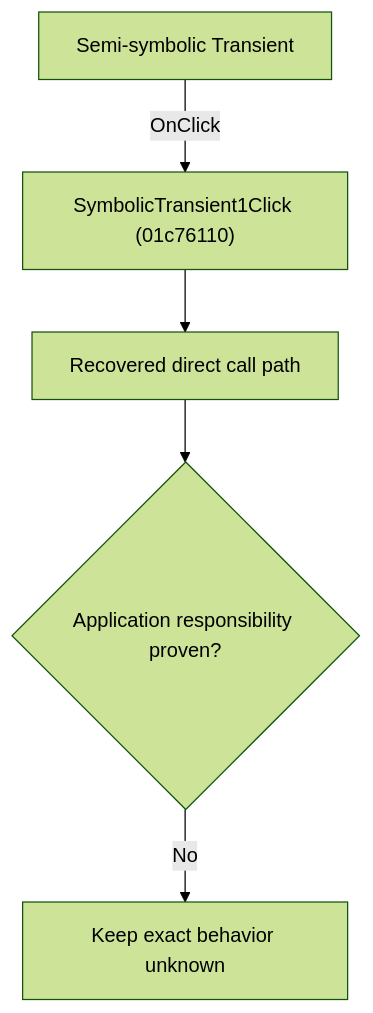
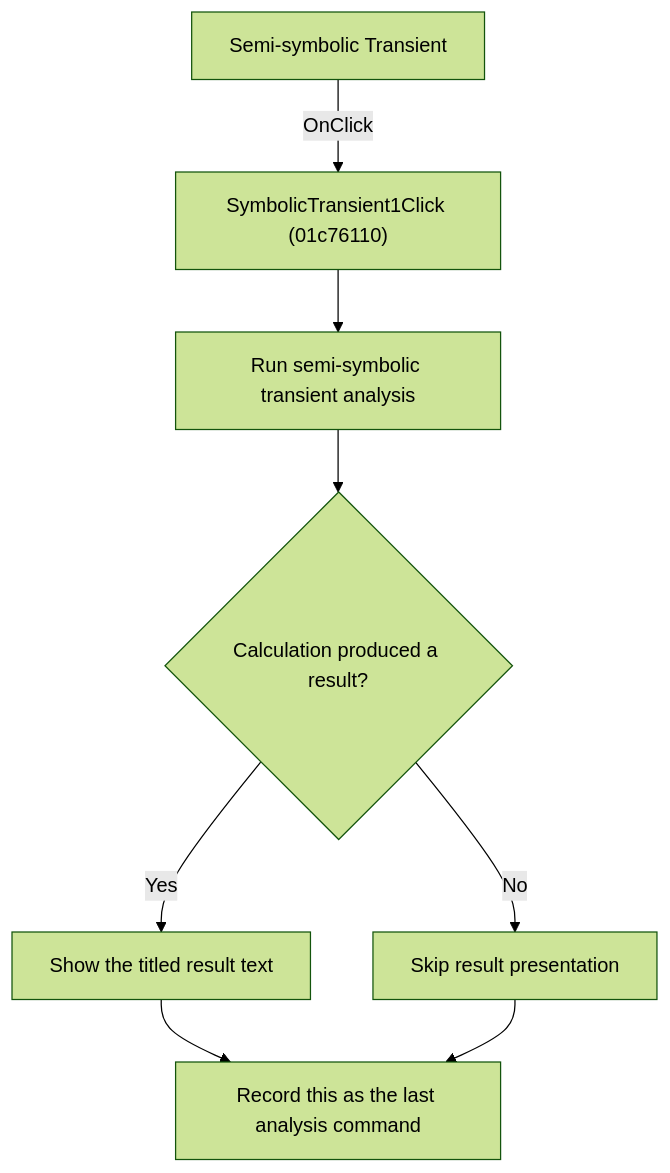
One commit to MovGP0/TIARA changed the diagram in docs/ui-controls/schematiceditor/symbolictransient1-fb2532499f.md. Above: the diagram before and after it, drawn with Mermaid (forest theme). The commit also changed other lines of this file and 241 other files, not shown here.

````diff
--- a/docs/ui-controls/schematiceditor/symbolictransient1-fb2532499f.md
+++ b/docs/ui-controls/schematiceditor/symbolictransient1-fb2532499f.md
@@ -27,7 +25,10 @@
 ```mermaid
 flowchart TD
     control["Semi-symbolic Transient"] -->|"OnClick"| handler["SymbolicTransient1Click (01c76110)"]
-    handler --> recovered["Recovered direct call path"]
-    recovered --> gap{"Application responsibility proven?"}
-    gap -->|"No"| blocked["Keep exact behavior unknown"]
+    handler --> calculate["Run semi-symbolic transient analysis"]
+    calculate --> result{"Calculation produced a result?"}
+    result -->|"Yes"| show["Show the titled result text"]
+    result -->|"No"| skip["Skip result presentation"]
+    show --> remember["Record this as the last analysis command"]
+    skip --> remember
 ```
````
